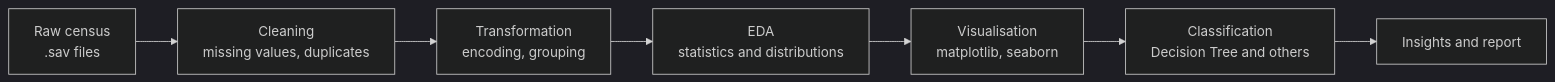
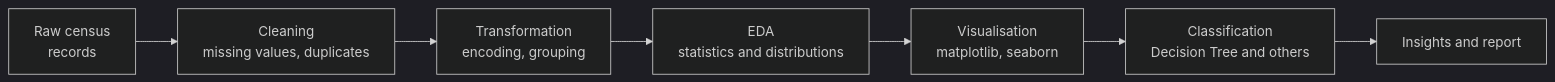
One commit to sagunrai/Nepal_Census_2011_Analysis changed the diagram in README.md. Above: the diagram before and after it, drawn with Mermaid (dark theme). The commit also changed other lines of this file, not shown here.

````diff
--- a/README.md
+++ b/README.md
@@ -178,9 +177,9 @@
 ```mermaid
 flowchart LR
-    A[Raw census<br/>.sav files] --> B[Cleaning<br/>missing values, duplicates]
+    A[Raw census<br/>records] --> B[Cleaning<br/>missing values, duplicates]
     B --> C[Transformation<br/>encoding, grouping]
     C --> D[EDA<br/>statistics and distributions]
     D --> E[Visualisation<br/>matplotlib, seaborn]
     E --> F[Classification<br/>Decision Tree and others]
     F --> G[Insights and report]
 ```
````
